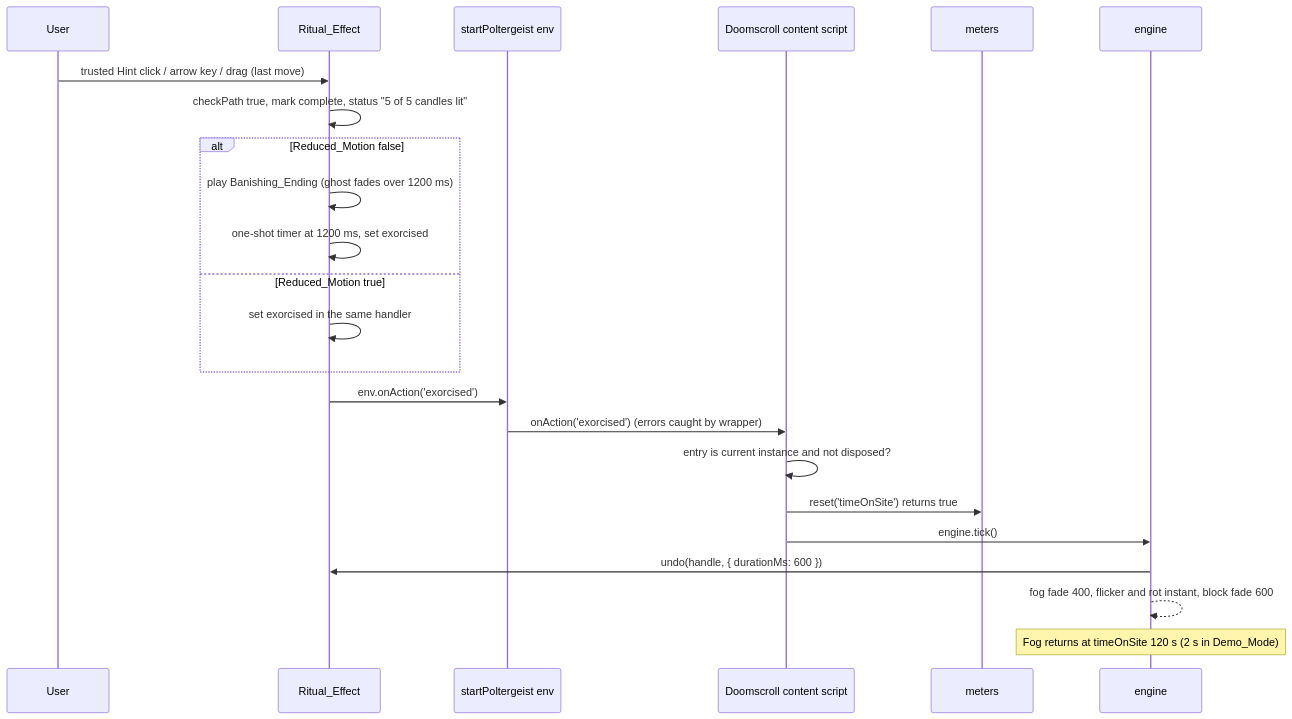
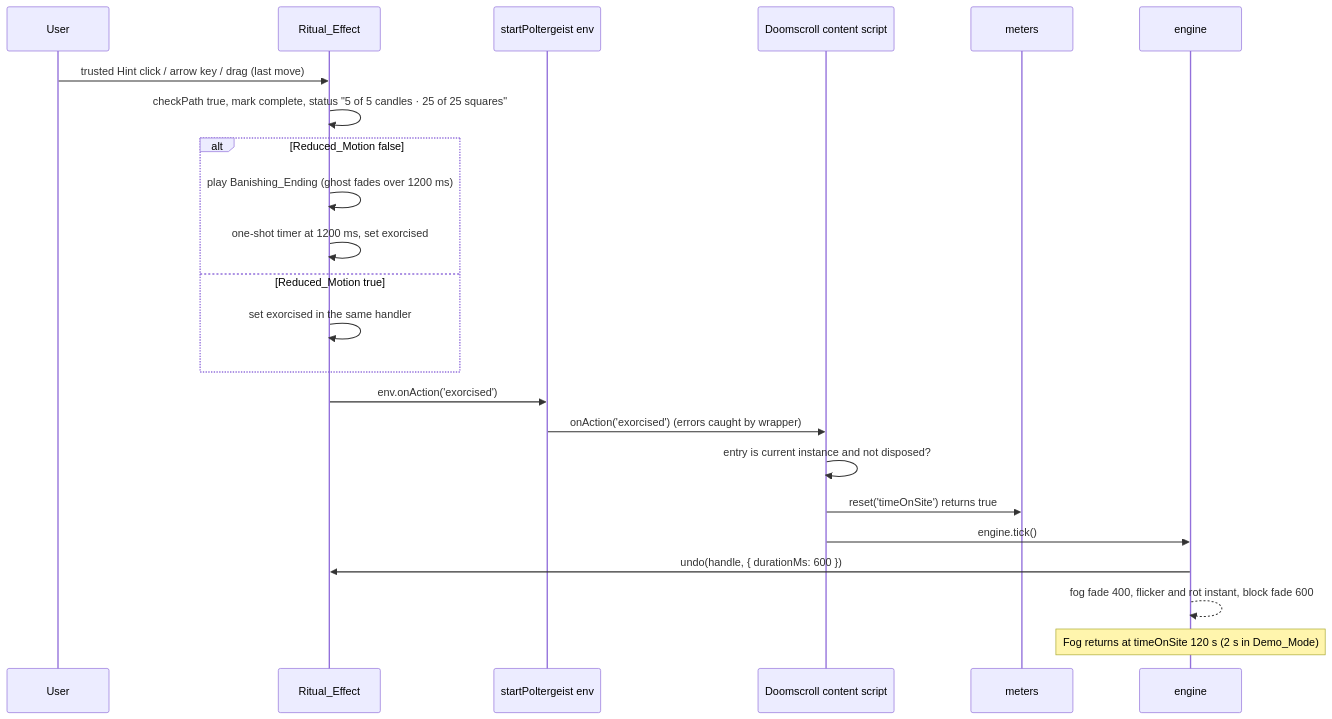
The second of 3 diagrams in .kiro/specs/haunt-kit/design.md (lirenneedhelp/poltergeist), drawn with Mermaid before and after one commit. The commit also changed other lines of this file and 20 other files, not shown here.

````diff
--- a/.kiro/specs/haunt-kit/design.md
+++ b/.kiro/specs/haunt-kit/design.md
@@ -75,25 +75,25 @@
 ```mermaid
 sequenceDiagram
   participant U as User
   participant R as Ritual_Effect
   participant S as startPoltergeist env
   participant C as Doomscroll content script
   participant M as meters
   participant E as engine
   U->>R: trusted Hint click / arrow key / drag (last move)
-  R->>R: checkPath true, mark complete, status "5 of 5 candles lit"
+  R->>R: checkPath true, mark complete, status "5 of 5 candles · 25 of 25 squares"
   alt Reduced_Motion false
     R->>R: play Banishing_Ending (ghost fades over 1200 ms)
     R->>R: one-shot timer at 1200 ms, set exorcised
   else Reduced_Motion true
     R->>R: set exorcised in the same handler
   end
   R->>S: env.onAction('exorcised')
   S->>C: onAction('exorcised') (errors caught by wrapper)
   C->>C: entry is current instance and not disposed?
   C->>M: reset('timeOnSite') returns true
   C->>E: engine.tick()
   E->>R: undo(handle, { durationMs: 600 })
   E-->>E: fog fade 400, flicker and rot instant, block fade 600
   Note over E: Fog returns at timeOnSite 120 s (2 s in Demo_Mode)
 ```
````
